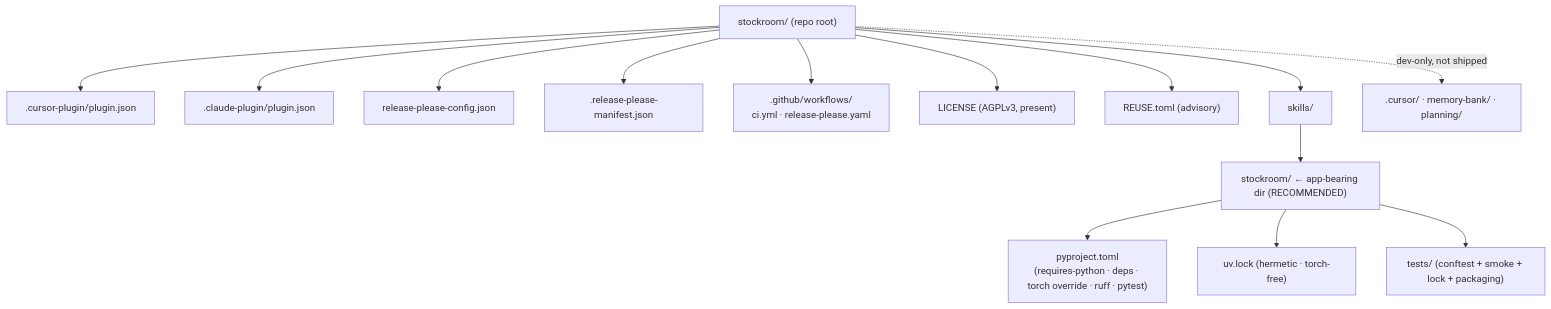
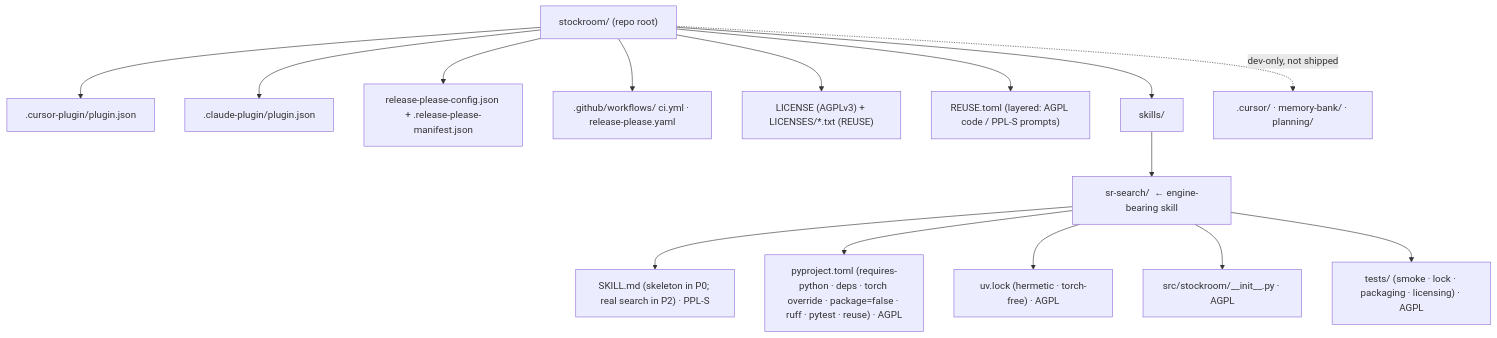
One commit to Texarkanine/stockroom changed the diagram in memory-bank/active/tasks.md. Above: the diagram before and after it, drawn with Mermaid. The commit also changed other lines of this file and 3 other files, not shown here.

Commit message:
chore(p0-foundations): revise plan — engine in sr-search, skeleton skill, enforced REUSE, PLUGIN_ROOT pattern

````diff
--- a/memory-bank/active/tasks.md
+++ b/memory-bank/active/tasks.md
@@ -15,17 +15,18 @@
 ```mermaid
 graph TD
     ROOT["stockroom/ (repo root)"]
     ROOT --> CP[".cursor-plugin/plugin.json"]
     ROOT --> CLP[".claude-plugin/plugin.json"]
-    ROOT --> RPC["release-please-config.json"]
-    ROOT --> RPM[".release-please-manifest.json"]
-    ROOT --> GH[".github/workflows/<br/>ci.yml · release-please.yaml"]
-    ROOT --> LIC["LICENSE (AGPLv3, present)"]
-    ROOT --> REUSE["REUSE.toml (advisory)"]
+    ROOT --> RPC["release-please-config.json + .release-please-manifest.json"]
+    ROOT --> GH[".github/workflows/ ci.yml · release-please.yaml"]
+    ROOT --> LIC["LICENSE (AGPLv3) + LICENSES/*.txt (REUSE)"]
+    ROOT --> REUSE["REUSE.toml (layered: AGPL code / PPL-S prompts)"]
     ROOT --> SKILLS["skills/"]
-    SKILLS --> APP["stockroom/ ← app-bearing dir (RECOMMENDED)"]
-    APP --> PYP["pyproject.toml<br/>(requires-python · deps · torch override · ruff · pytest)"]
-    APP --> LOCK["uv.lock (hermetic · torch-free)"]
-    APP --> TESTS["tests/ (conftest + smoke + lock + packaging)"]
+    SKILLS --> SRS["sr-search/  ← engine-bearing skill"]
+    SRS --> SK["SKILL.md (skeleton in P0; real search in P2) · PPL-S"]
+    SRS --> PYP["pyproject.toml (requires-python · deps · torch override · package=false · ruff · pytest · reuse) · AGPL"]
+    SRS --> LOCK["uv.lock (hermetic · torch-free) · AGPL"]
+    SRS --> SRC["src/stockroom/__init__.py · AGPL"]
+    SRS --> TESTS["tests/ (smoke · lock · packaging · licensing) · AGPL"]
     ROOT -.dev-only, not shipped.-> DEV[".cursor/ · memory-bank/ · planning/"]
 ```
````
